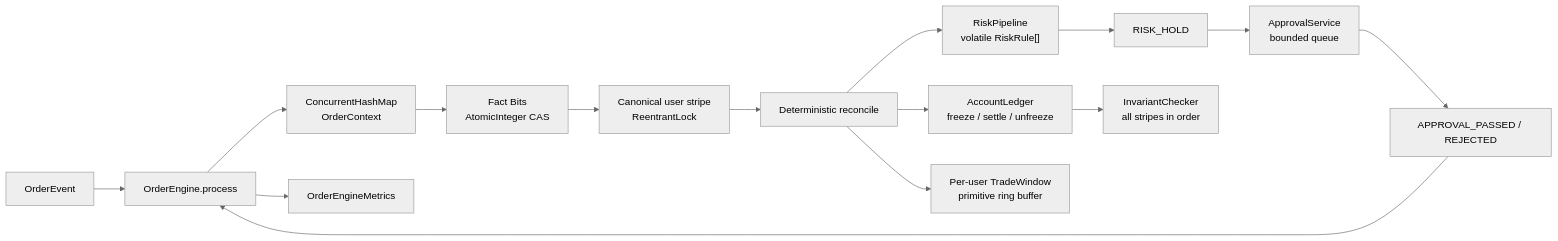
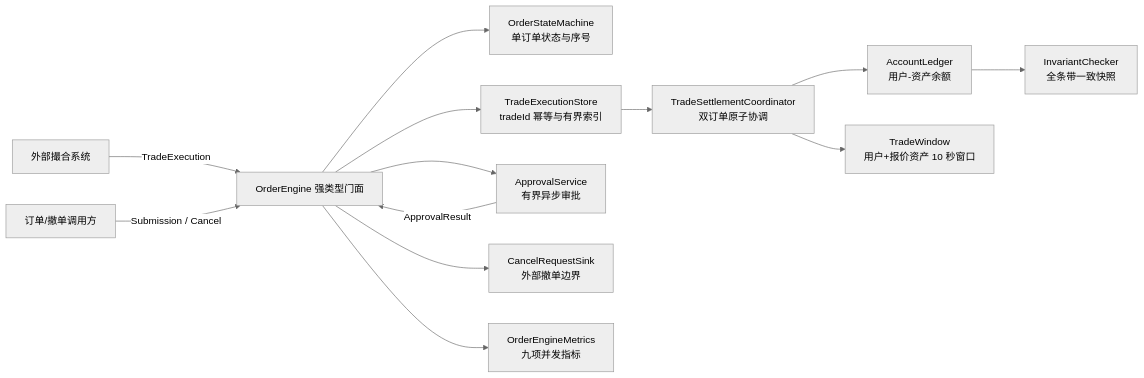
One commit to YANSHAO0032/cex-core-engine changed the diagram in README.md. Above: the diagram before and after it, drawn with Mermaid (neutral theme). The commit also changed other lines of this file and 2 other files, not shown here.

Commit message:
test: verify partial-fill counterparty settlement

````diff
--- a/README.md
+++ b/README.md
@@ -86,17 +57,15 @@
 ```mermaid
 flowchart LR
-    E["OrderEvent"] --> I["OrderEngine.process"]
-    I --> M["ConcurrentHashMap<br/>OrderContext"]
-    M --> F["Fact Bits<br/>AtomicInteger CAS"]
-    F --> L["Canonical user stripe<br/>ReentrantLock"]
-    L --> R["Deterministic reconcile"]
-    R --> S["RiskPipeline<br/>volatile RiskRule[]"]
-    R --> A["AccountLedger<br/>freeze / settle / unfreeze"]
-    R --> W["Per-user TradeWindow<br/>primitive ring buffer"]
-    S --> H["RISK_HOLD"]
-    H --> Q["ApprovalService<br/>bounded queue"]
-    Q --> P["APPROVAL_PASSED / REJECTED"]
-    P --> I
-    A --> C["InvariantChecker<br/>all stripes in order"]
-    I --> X["OrderEngineMetrics"]
+    M["外部撮合系统"] -->|"TradeExecution"| E["OrderEngine 强类型门面"]
+    C["订单/撤单调用方"] -->|"Submission / Cancel"| E
+    E --> O["OrderStateMachine<br/>单订单状态与序号"]
+    E --> T["TradeExecutionStore<br/>tradeId 幂等与有界索引"]
+    T --> S["TradeSettlementCoordinator<br/>双订单原子协调"]
+    S --> L["AccountLedger<br/>用户-资产余额"]
+    S --> W["TradeWindow<br/>用户+报价资产 10 秒窗口"]
+    E --> A["ApprovalService<br/>有界异步审批"]
+    A -->|"ApprovalResult"| E
+    E --> X["CancelRequestSink<br/>外部撤单边界"]
+    L --> I["InvariantChecker<br/>全条带一致快照"]
+    E --> Q["OrderEngineMetrics<br/>九项并发指标"]
 ```
````
